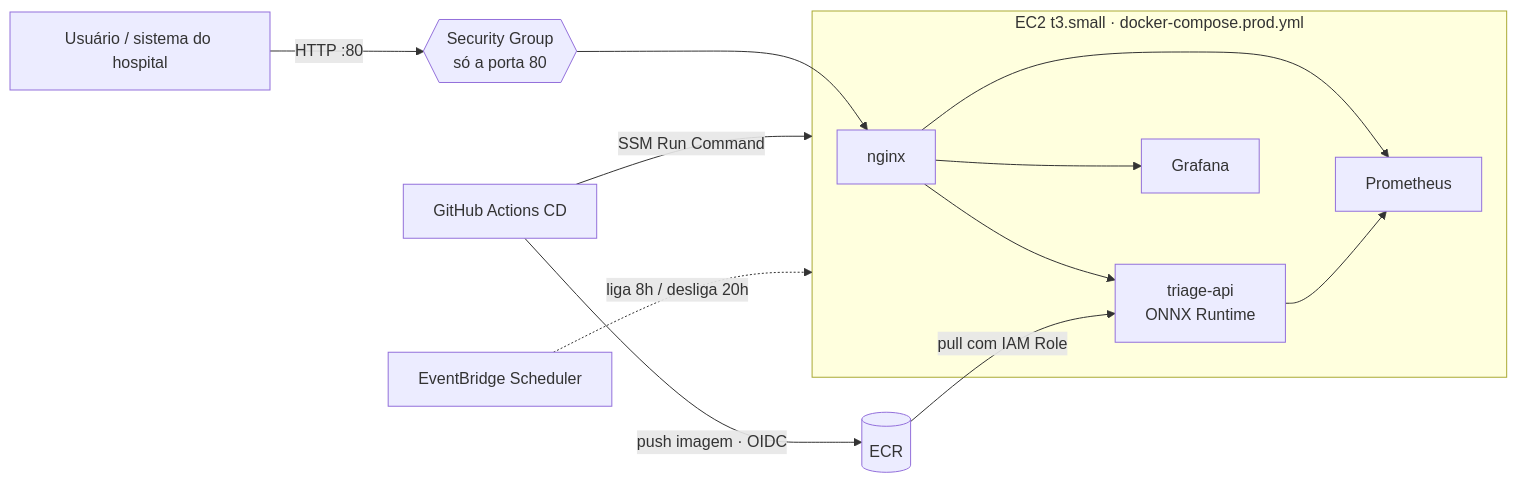
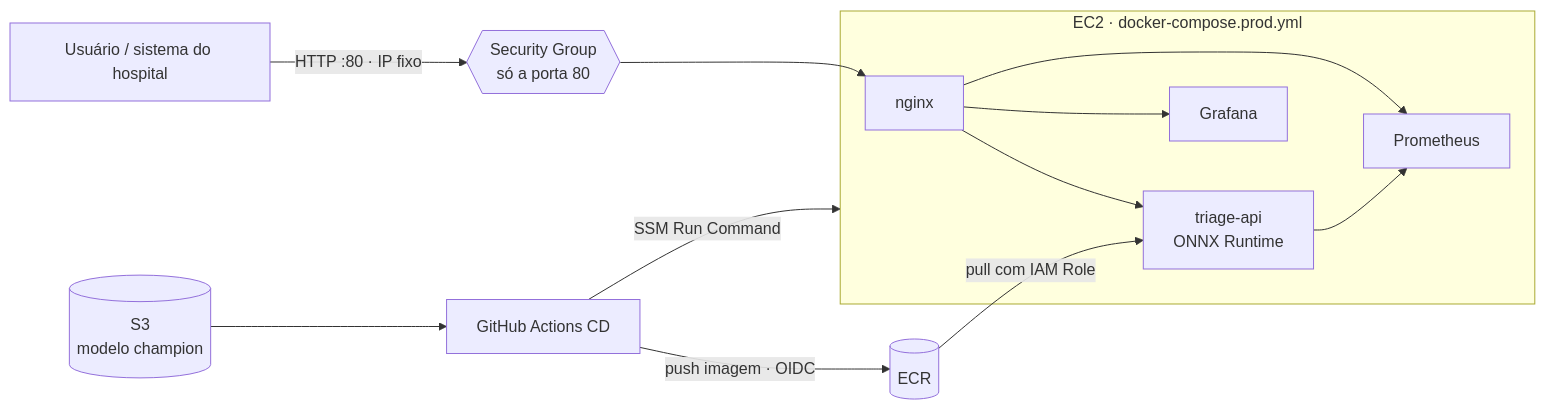
The second of 2 diagrams in README.md (KleberJorgeSantos/fiap-mle-tech-challenge-fase-3), drawn with Mermaid before and after one commit. The commit also changed other lines of this file, not shown here.

Commit message:
docs: README reflects the deployed architecture (no cost tables, no evolution layer)

````diff
--- a/README.md
+++ b/README.md
@@ -188,15 +185,15 @@
 ```mermaid
 flowchart LR
-    U[Usuário / sistema do hospital] -->|HTTP :80| SG{{Security Group<br/>só a porta 80}}
+    U[Usuário / sistema do hospital] -->|HTTP :80 · IP fixo| SG{{Security Group<br/>só a porta 80}}
     SG --> NG
-    subgraph EC2["EC2 t3.small · docker-compose.prod.yml"]
+    subgraph EC2["EC2 · docker-compose.prod.yml"]
         NG[nginx] --> API[triage-api<br/>ONNX Runtime]
         NG --> GF[Grafana]
         NG --> PR[Prometheus]
         API --> PR
     end
     ECR[(ECR)] -->|pull com IAM Role| API
+    S3[(S3<br/>modelo champion)] --> CD
     CD[GitHub Actions CD] -->|push imagem · OIDC| ECR
     CD -->|SSM Run Command| EC2
-    SCH[EventBridge Scheduler] -.liga 8h / desliga 20h.-> EC2
 ```
````
